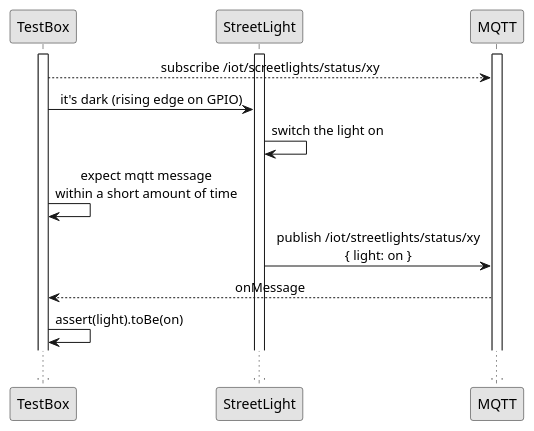
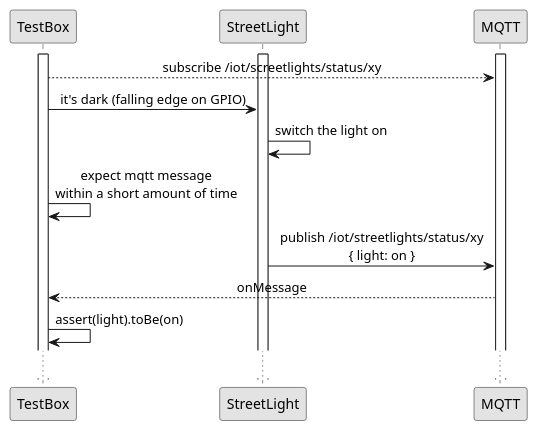
The first of 4 diagrams in doc/iot_test_dark.plantuml (scyv/testing-iot), drawn with PlantUML before and after one commit. The commit also changed other lines of this file and 8 other files, not shown here.

```diff
--- a/doc/iot_test_dark.plantuml
+++ b/doc/iot_test_dark.plantuml
@@ -4,21 +4,21 @@
 @startuml iot_test_gpio_msg
 skinparam monochrome true
 skinparam sequenceMessageAlign center
 
 participant TestBox as IOTTB
 participant StreetLight as SUT
 participant MQTT
 
 activate IOTTB
 activate SUT
 activate MQTT
 
 IOTTB-->MQTT: subscribe /iot/screetlights/status/xy
-IOTTB->SUT: it's dark (rising edge on GPIO)
+IOTTB->SUT: it's dark (falling edge on GPIO)
 SUT->SUT: switch the light on
 IOTTB->IOTTB: expect mqtt message\nwithin a short amount of time
 SUT->MQTT: publish /iot/streetlights/status/xy\n{ light: on } 
 MQTT-->IOTTB: onMessage
 IOTTB->IOTTB: assert(light).toBe(on)
 ...
 @enduml
```
